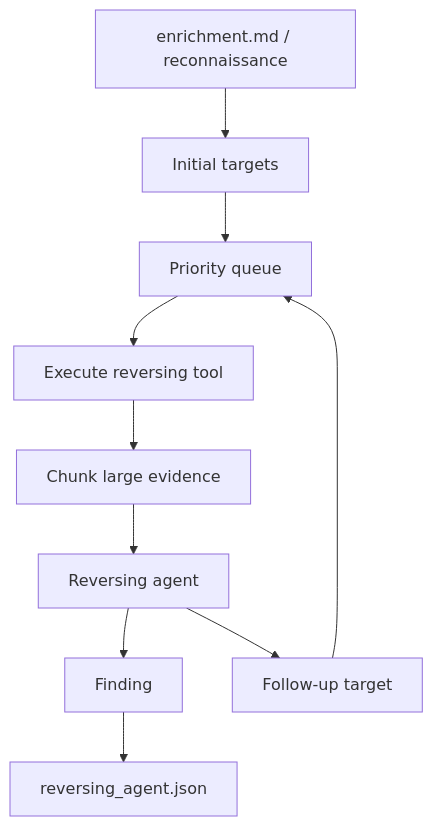
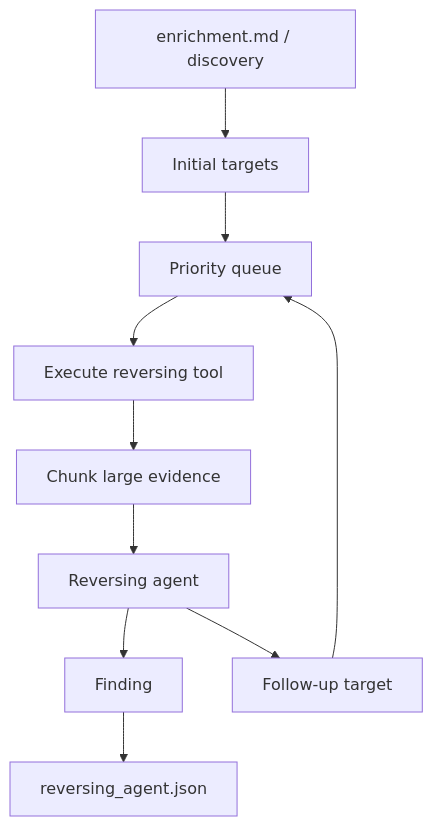
The second of 2 diagrams in docs/ai/README.md (pablo-972/AIM), drawn with Mermaid before and after one commit. The commit also changed other lines of this file and 16 other files, not shown here.

````diff
--- a/docs/ai/README.md
+++ b/docs/ai/README.md
@@ -255,12 +280,12 @@
 ```mermaid
 flowchart TD
-    Context[enrichment.md / reconnaissance] --> Seed[Initial targets]
+    Context[enrichment.md / discovery] --> Seed[Initial targets]
     Seed --> Queue[Priority queue]
     Queue --> Tool[Execute reversing tool]
     Tool --> Chunking[Chunk large evidence]
     Chunking --> Agent[Reversing agent]
     Agent --> Finding[Finding]
     Agent --> FollowUp[Follow-up target]
     FollowUp --> Queue
     Finding --> Memory[reversing_agent.json]
 ```
````
